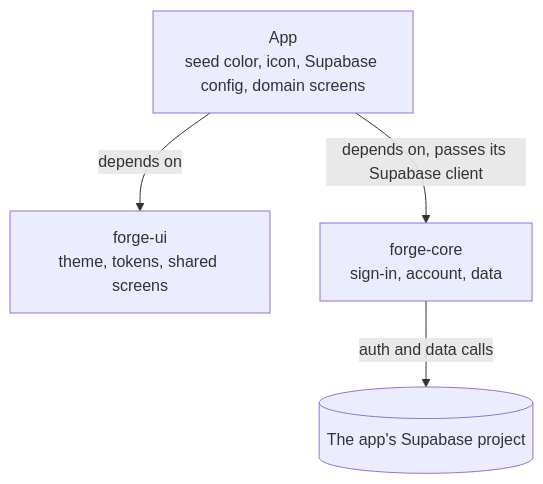
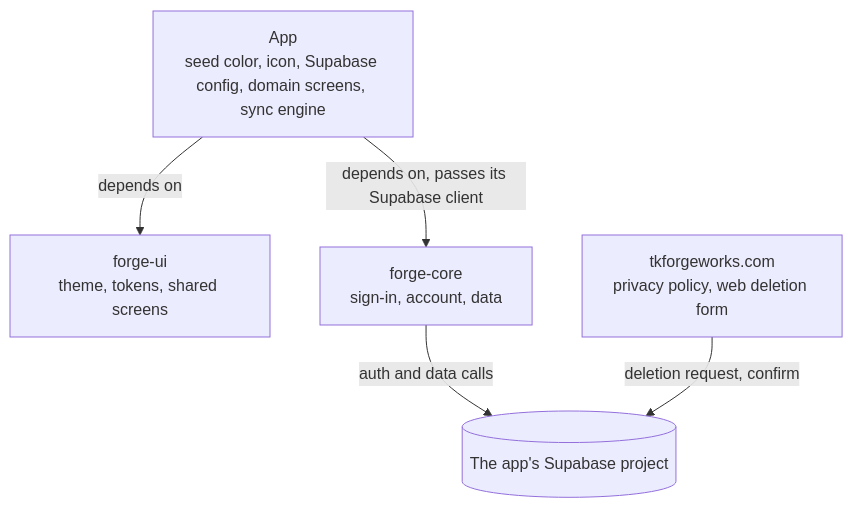
Before and after one commit to tkforgeworks/forge-core: the diagram in docs/forge-ui_forge-core_Shared_Flutter_Packages_Spec.md, drawn with Mermaid. The commit also changed other lines of this file and 2 other files, not shown here.

First line of the commit message:
FC-1: Revise the shared-packages spec for the 0.3.0 account and sync decisions

````diff
--- a/docs/forge-ui_forge-core_Shared_Flutter_Packages_Spec.md
+++ b/docs/forge-ui_forge-core_Shared_Flutter_Packages_Spec.md
@@ -30,10 +32,12 @@
 ```mermaid
 flowchart TD
-  app["App<br/>seed color, icon, Supabase config, domain screens"]
+  app["App<br/>seed color, icon, Supabase config, domain screens, sync engine"]
   ui["forge-ui<br/>theme, tokens, shared screens"]
   core["forge-core<br/>sign-in, account, data"]
   supabase[("The app's Supabase project")]
+  site["tkforgeworks.com<br/>privacy policy, web deletion form"]
   app -- "depends on" --> ui
   app -- "depends on, passes its Supabase client" --> core
   core -- "auth and data calls" --> supabase
+  site -- "deletion request, confirm" --> supabase
 ```
````
